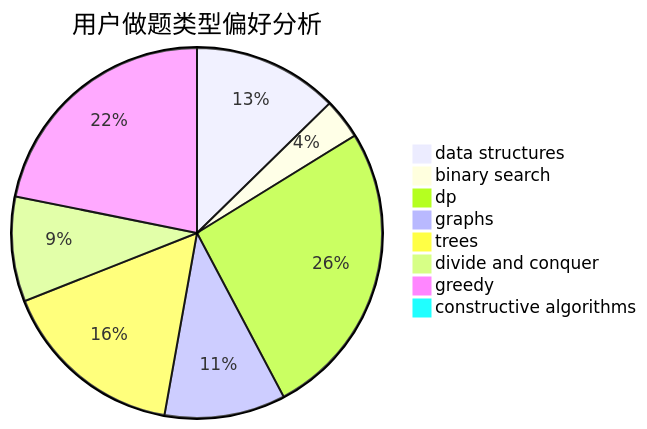
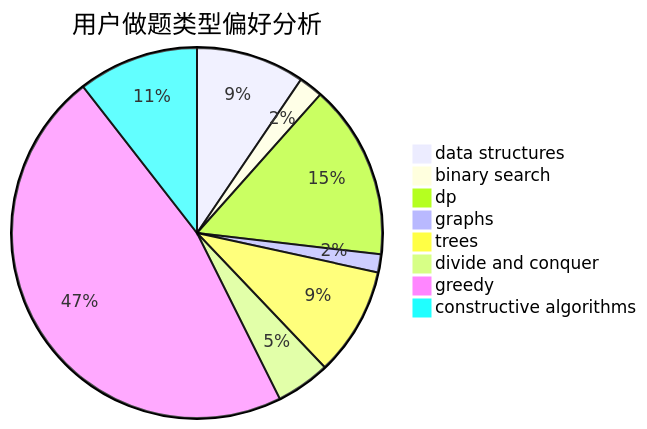
The second of 3 diagrams in docs/user/u2521.md (sherpahu/cfrs.github.io), drawn with Mermaid before and after one commit. The commit also changed other lines of this file and 2770 other files, not shown here.

````diff
--- a/docs/user/u2521.md
+++ b/docs/user/u2521.md
@@ -23,11 +23,11 @@
 ```mermaid
 pie title 用户做题类型偏好分析
     "data structures" :  18
-    "binary search" :  5
-    "dp" :  37
-    "graphs" :  15
-    "trees" :  23
-    "divide and conquer" :  13
-    "greedy" :  31
-    "constructive algorithms" :  0
+    "binary search" :  4
+    "dp" :  29
+    "graphs" :  3
+    "trees" :  18
+    "divide and conquer" :  9
+    "greedy" :  89
+    "constructive algorithms" :  20
 ```
````
